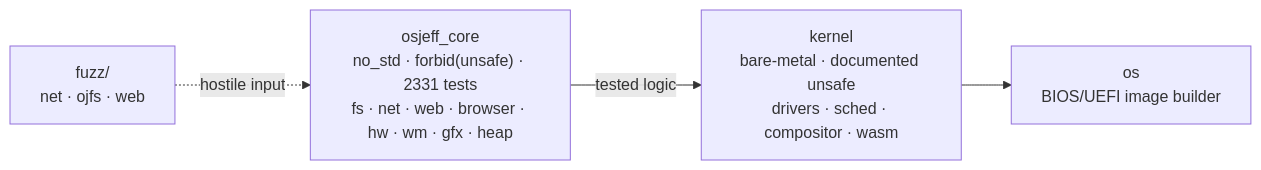
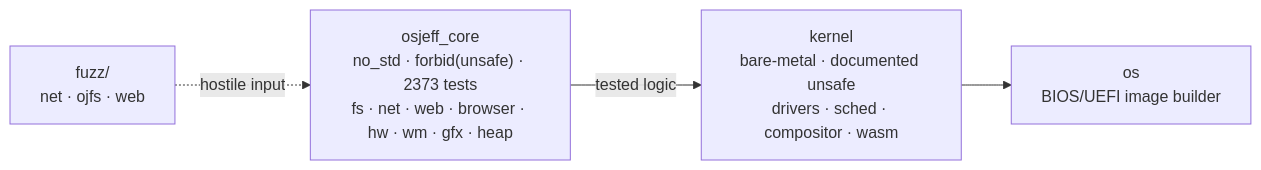
Before and after one commit to Jeffinp/OSjeff: the diagram in README.en.md, drawn with Mermaid. The commit also changed other lines of this file and 8 other files, not shown here.

````diff
--- a/README.en.md
+++ b/README.en.md
@@ -92,9 +92,9 @@
 ```mermaid
 flowchart LR
-    CORE["osjeff_core<br/>no_std · forbid(unsafe) · 2331 tests<br/>fs · net · web · browser · hw · wm · gfx · heap"]
+    CORE["osjeff_core<br/>no_std · forbid(unsafe) · 2373 tests<br/>fs · net · web · browser · hw · wm · gfx · heap"]
     KERNEL["kernel<br/>bare-metal · documented unsafe<br/>drivers · sched · compositor · wasm"]
     OS["os<br/>BIOS/UEFI image builder"]
     FUZZ["fuzz/<br/>net · ojfs · web"]
     CORE -->|tested logic| KERNEL --> OS
     FUZZ -.->|hostile input| CORE
 ```
````
